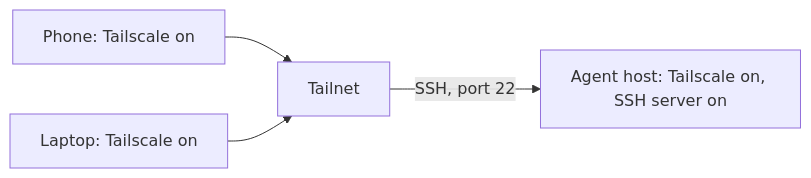
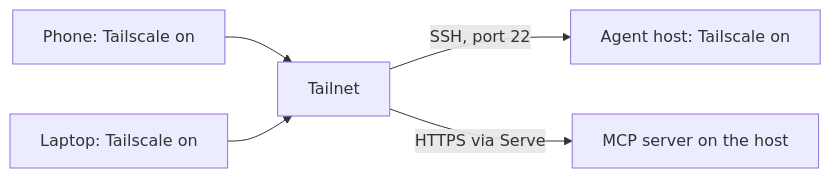
One commit to carlosboeing/agentic-toolkit changed the first of 2 diagrams in guides/guide-tailscale-setup.md. Above: the diagram before and after it, drawn with Mermaid. The commit also changed other lines of this file and 5 other files, not shown here.

````diff
--- a/guides/guide-tailscale-setup.md
+++ b/guides/guide-tailscale-setup.md
@@ -22,6 +56,7 @@
 ```mermaid
 flowchart LR
     Phone["Phone: Tailscale on"] --> Tailnet["Tailnet"]
     Laptop["Laptop: Tailscale on"] --> Tailnet
-    Tailnet -->|"SSH, port 22"| Host["Agent host: Tailscale on, SSH server on"]
+    Tailnet -->|"SSH, port 22"| Host["Agent host: Tailscale on"]
+    Tailnet -->|"HTTPS via Serve"| MCP["MCP server on the host"]
 ```
````
